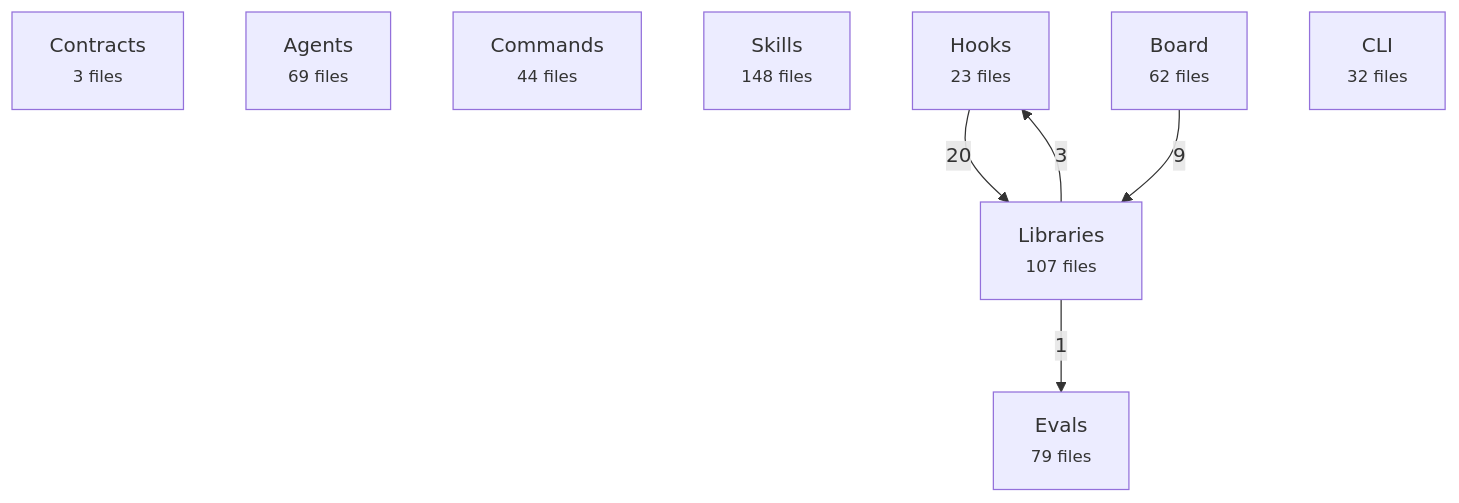
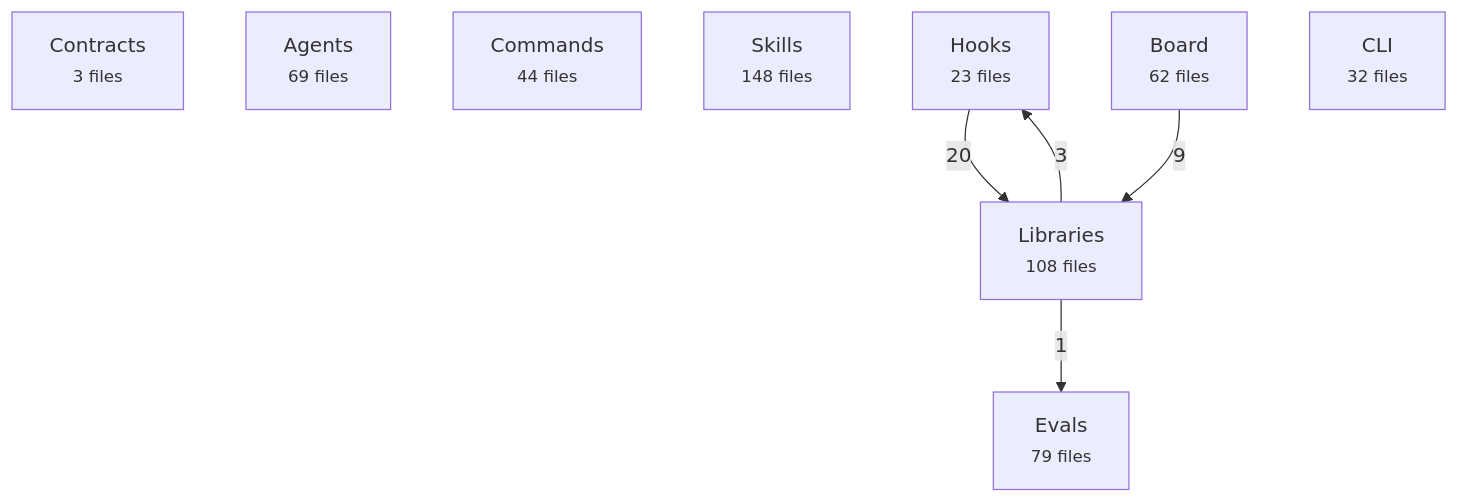
Before and after one commit to avelikiy/great_cto: the first of 2 diagrams in docs/reference/architecture-map.md, drawn with Mermaid. The commit also changed other lines of this file and 4 other files, not shown here.

````diff
--- a/docs/reference/architecture-map.md
+++ b/docs/reference/architecture-map.md
@@ -20,16 +20,16 @@
 ```mermaid
 flowchart TD
   contracts["Contracts<br/><small>3 files</small>"]
   agents["Agents<br/><small>69 files</small>"]
   commands["Commands<br/><small>44 files</small>"]
   skills["Skills<br/><small>148 files</small>"]
   hooks["Hooks<br/><small>23 files</small>"]
-  libs["Libraries<br/><small>107 files</small>"]
+  libs["Libraries<br/><small>108 files</small>"]
   board["Board<br/><small>62 files</small>"]
   cli["CLI<br/><small>32 files</small>"]
   evals["Evals<br/><small>79 files</small>"]
   hooks -->|20| libs
   board -->|9| libs
   libs -->|3| hooks
   libs -->|1| evals
 ```
````
